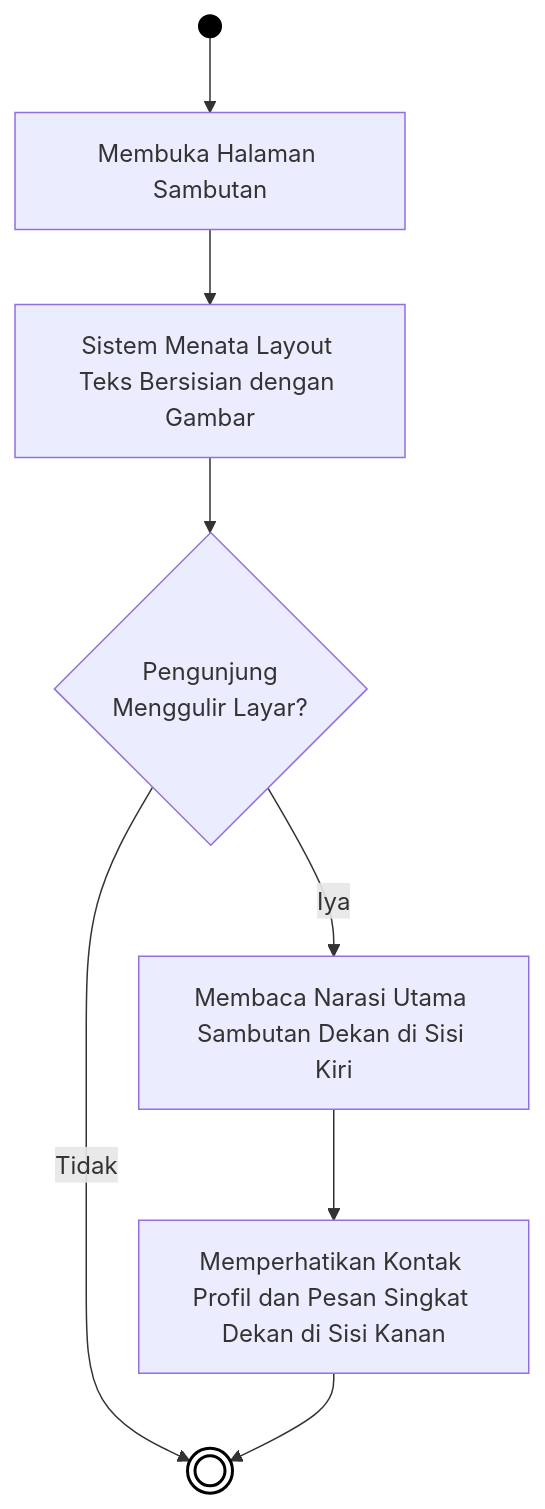
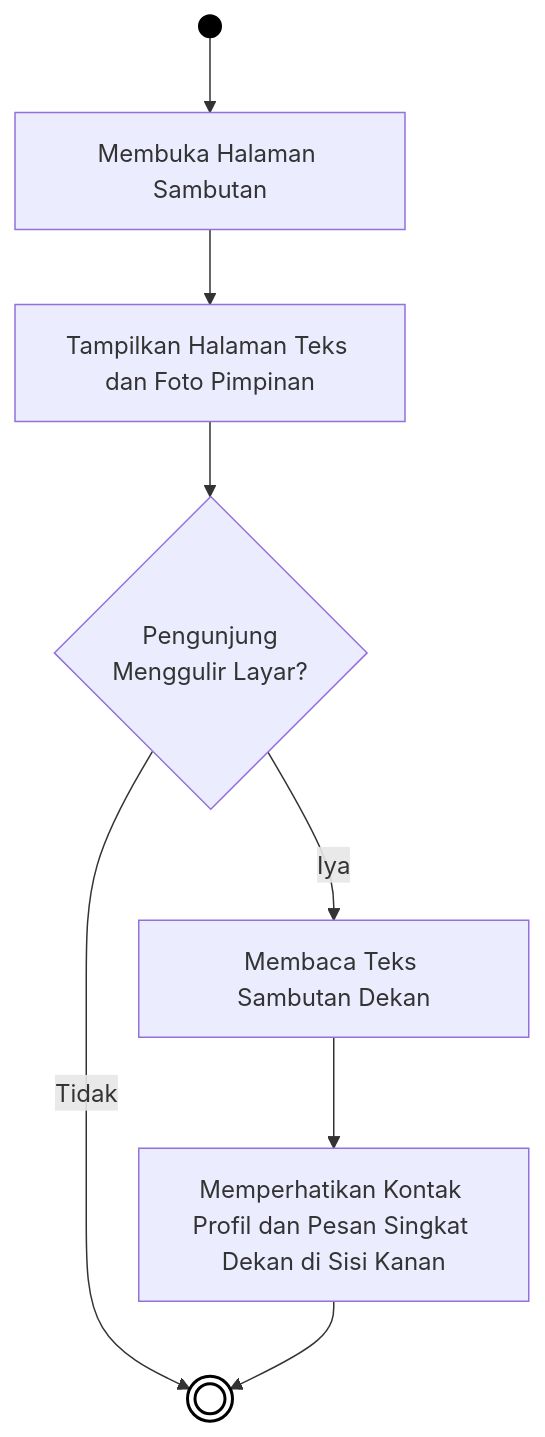
One commit to arbain-dev/Web_fikom changed the third of 12 diagrams in docs/01B_DIAGRAM_AKTIVITAS_PUBLIK.md. Above: the diagram before and after it, drawn with Mermaid. The commit also changed other lines of this file, not shown here.

Commit message:
docs: menyederhanakan bahasa teknis diagram dan menambahkan 6 diagram UX publik tambahan

````diff
--- a/docs/01B_DIAGRAM_AKTIVITAS_PUBLIK.md
+++ b/docs/01B_DIAGRAM_AKTIVITAS_PUBLIK.md
@@ -87,16 +87,16 @@
 ```mermaid
 flowchart TD
     Start(( )) --> A[Membuka Halaman Sambutan]
     
-    A --> B[Sistem Menata Layout Teks Bersisian dengan Gambar]
+    A --> B[Tampilkan Halaman Teks dan Foto Pimpinan]
     B --> C{Pengunjung\nMenggulir Layar?}
     
     C -- Tidak --> End((( )))
     
-    C -- Iya --> D[Membaca Narasi Utama Sambutan Dekan di Sisi Kiri]
+    C -- Iya --> D[Membaca Teks Sambutan Dekan]
     D --> E[Memperhatikan Kontak Profil dan Pesan Singkat Dekan di Sisi Kanan]
     E --> End
     
     style Start fill:#000,stroke:#000,color:#000
     style End fill:#fff,stroke:#000,stroke-width:2px
 ```
````
